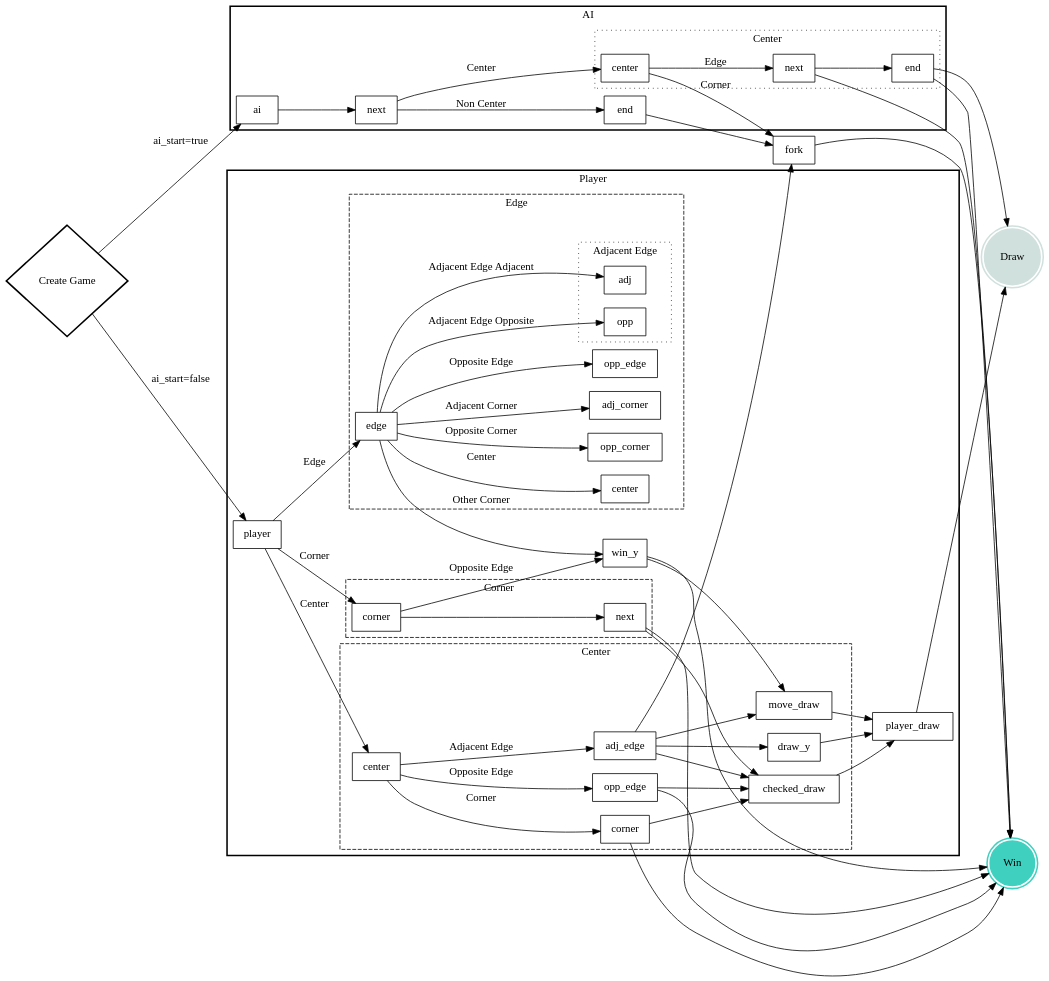
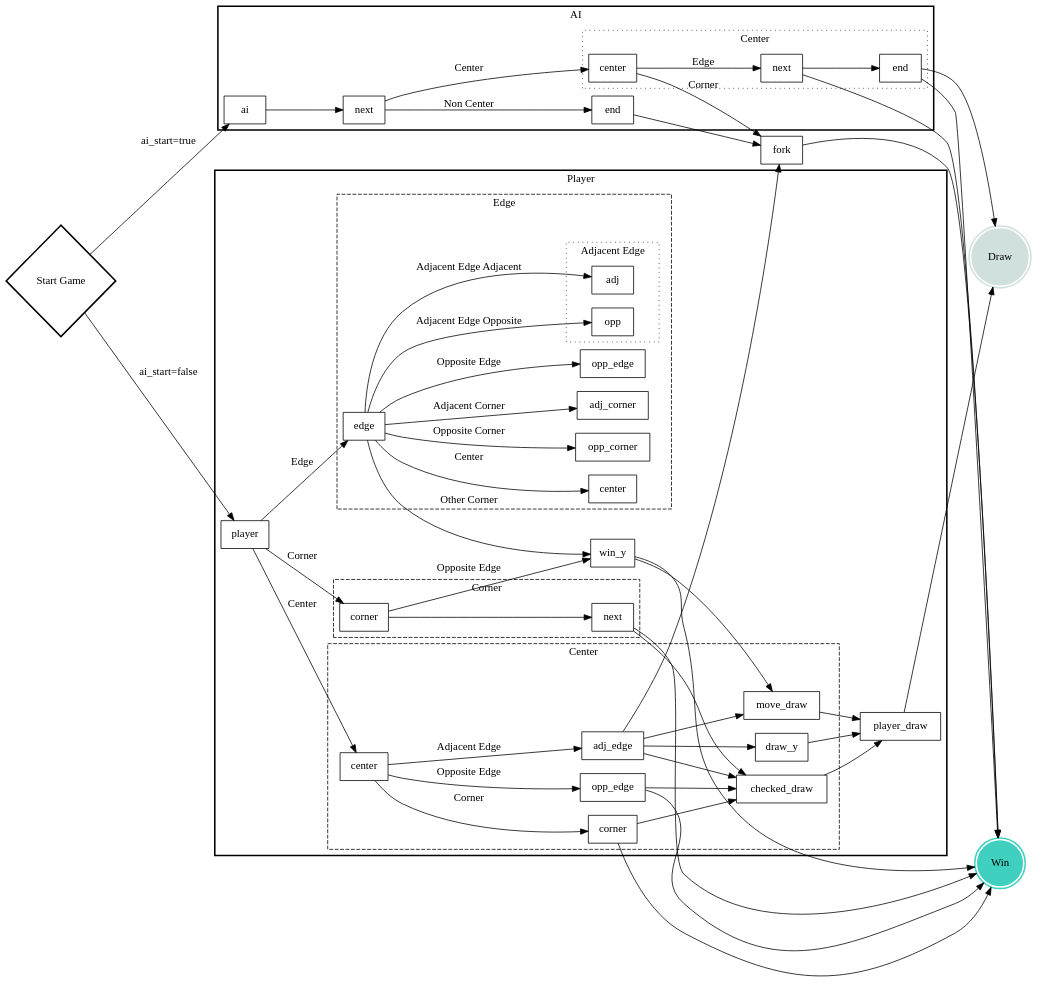
The diagram in graph/control_flow.dot (TasinFarhanMC/TTac), drawn with Graphviz before and after one commit. The commit also changed 5 other files, not shown here.

Commit message:
create_game -> start_game

```diff
--- a/graph/control_flow.dot
+++ b/graph/control_flow.dot
@@ -1,148 +1,148 @@
 digraph TTacControlFlow {
   graph [bgcolor=transparent, rankdir=LR];
   node [shape=box];
 
   win [label="Win", shape=doublecircle, style="filled, bold", color="#40D0C0"];
   draw [label="Draw", shape=doublecircle, style="filled, bold", color="#D0E0DD"];
   { rank = max; win; draw; }
 
   fork -> win;
   { rank = same; fork; }
 
-  game [label="Create Game", shape=diamond, style=bold, width=1, height=2];
+  game [label="Start Game", shape=diamond, style=bold, width=1, height=2];
   game -> ai [label="ai_start=true"];
   game -> player [label="ai_start=false"];
   
 
   subgraph cluster_ai {
     label="AI";
     style=bold;
 
     ai -> next;
 
     next -> end [label="Non Center"];
     next -> center [label="Center"];
 
     end -> fork;
 
     subgraph cluster_center {
       label="Center";
       style=dotted;
 
       center -> fork [label="Corner"];
 
       center -> center_next [label="Edge"];
 
       center_next [label="next"];
       center_end [label="end"];
 
       center_next -> win;
       center_next -> center_end;
 
       center_end -> win;
       center_end -> draw;
 
     };
   }
   
   subgraph cluster_player {
     label="Player";
     style=bold;
 
     player_draw -> draw;
     {rank=max; player_draw};
 
     subgraph cluster_terminal {
       style="invis";
 
       checked_draw -> player_draw;
       move_draw -> player_draw;
       draw_y -> player_draw;
       // {rank=same; checked_draw, move_draw, draw_y};
 
       win_y -> win;
       win_y -> move_draw;
     }
 
     player -> player_center [label="Center"];
     player -> player_corner [label="Corner"];
     player -> player_edge [label="Edge"];
 
     subgraph cluster_center {
       label="Center";
       style=dashed;
 
       player_center [label="center"];
       player_center_corner [label="corner"];
       player_center_adj_edge [label="adj_edge"];
       player_center_opp_edge [label="opp_edge"];
 
       player_center -> player_center_corner [label="Corner"];
 
       player_center_corner -> win;
       player_center_corner -> checked_draw;
 
       subgraph cluster_center_edge {
         style="invis";
         rank = same;
 
         player_center -> player_center_adj_edge [label="Adjacent Edge"];
         player_center -> player_center_opp_edge [label="Opposite Edge"];
 
         player_center_adj_edge -> fork;
         player_center_adj_edge -> draw_y;
         player_center_adj_edge -> checked_draw;
         player_center_adj_edge -> move_draw;
 
         player_center_opp_edge -> win;
         player_center_opp_edge -> checked_draw;
       }
     }
 
 
     subgraph cluster_corner {
       label="Corner";
       style=dashed;
 
       player_corner [label="corner"];
       player_corner_next [label="next"];
 
       player_corner -> player_corner_next;
       player_corner -> win_y [label="Opposite Edge"];
 
       player_corner_next -> win;
       player_corner_next -> checked_draw;
     }
 
     subgraph cluster_edge {
       label="Edge";
       style=dashed;
 
       player_edge [label="edge"];
       player_edge_center [label="center"];
       player_edge_opp_corner [label="opp_corner"];
       player_edge_adj_corner [label="adj_corner"];
 
       player_edge -> win_y [label="Other Corner"];
       player_edge -> player_edge_center [label="Center"];
       player_edge -> player_edge_opp_corner [label="Opposite Corner"];
       player_edge -> player_edge_adj_corner [label="Adjacent Corner"];
       player_edge -> player_edge_opp_edge [label="Opposite Edge"];
       player_edge -> player_edge_opp [label="Adjacent Edge Opposite"];
       player_edge -> player_edge_adj [label="Adjacent Edge Adjacent"];
 
       subgraph cluster_edge {
         style=invis;
         player_edge_opp_edge [label="opp_edge"];
 
         subgraph cluster_adj_edge {
           label="Adjacent Edge";
           style=dotted;
   
           player_edge_opp [label="opp"];
           player_edge_adj [label="adj"];
         }
       }
     }
   }
 }
```
